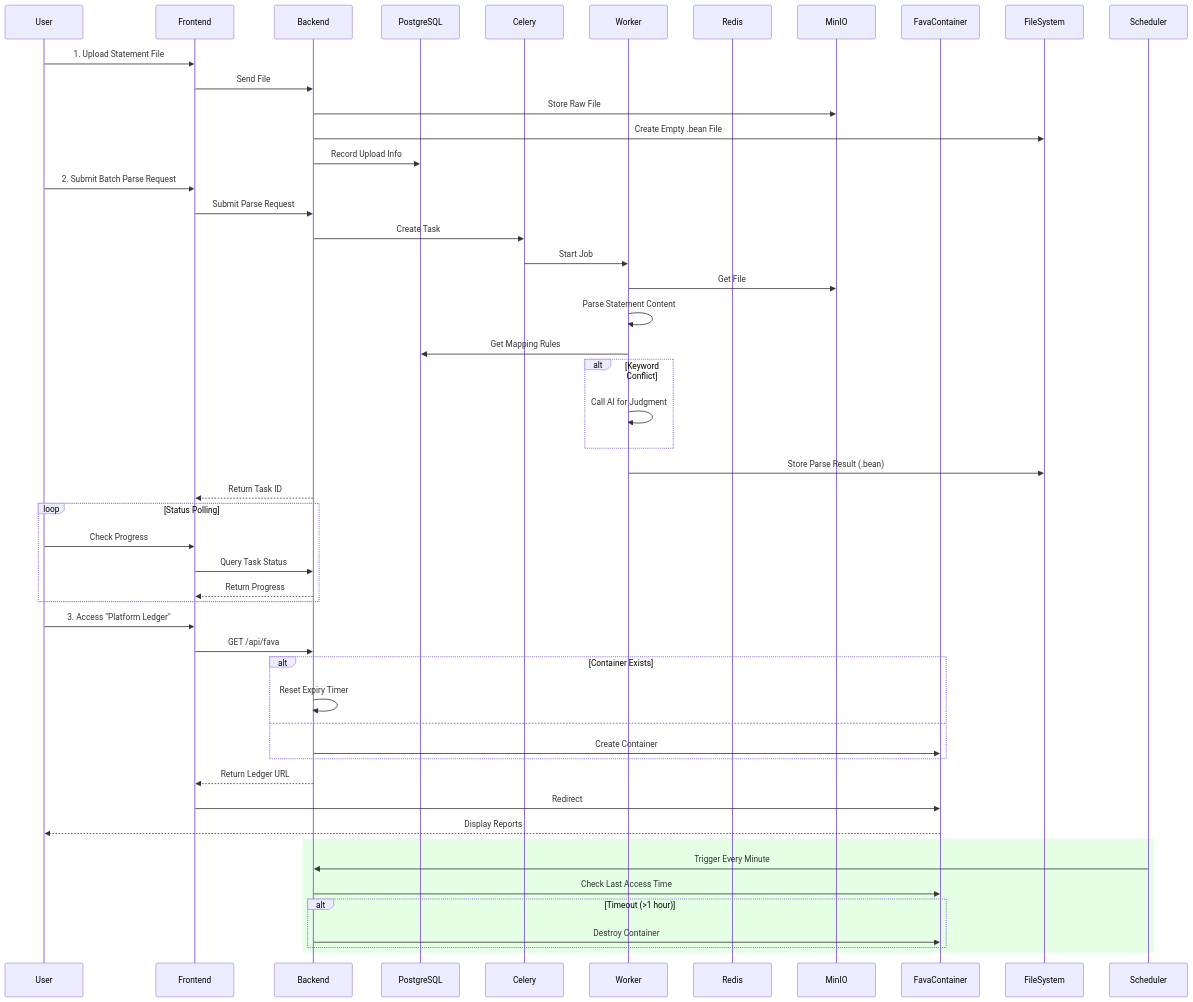
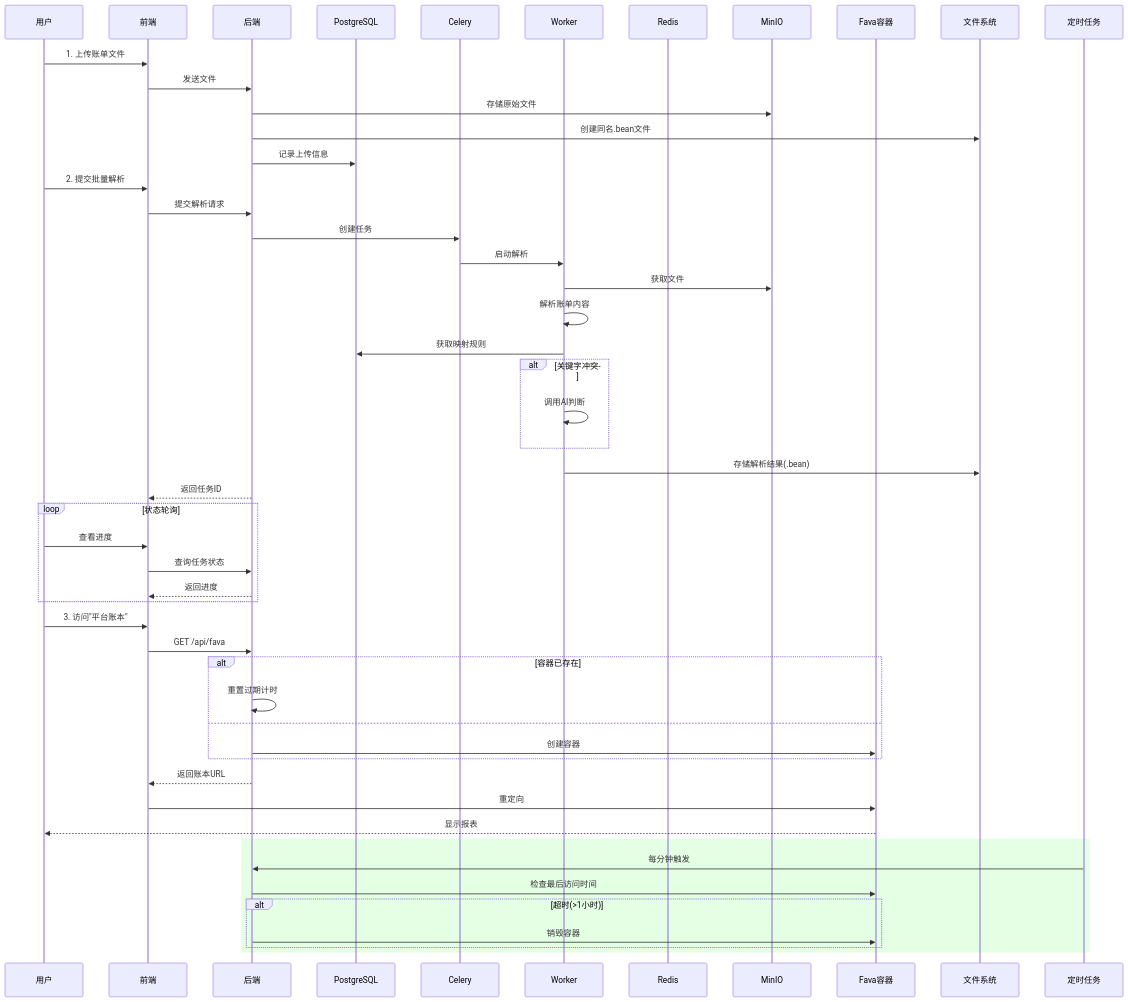
One commit to dhr2333/Beancount-Trans changed the second of 2 diagrams in README.md. Above: the diagram before and after it, drawn with Mermaid. The commit also changed other lines of this file and 2 other files, not shown here.

````diff
--- a/README.md
+++ b/README.md
@@ -56,58 +57,58 @@
 ```mermaid
 sequenceDiagram
-    participant User
-    participant Frontend
-    participant Backend
+    participant 用户
+    participant 前端
+    participant 后端
     participant PostgreSQL
     participant Celery
     participant Worker
     participant Redis
     participant MinIO
-    participant FavaContainer
-    participant FileSystem
-    participant Scheduler
-
-    User->>Frontend: 1. Upload Statement File
-    Frontend->>Backend: Send File
-    Backend->>MinIO: Store Raw File
-    Backend->>FileSystem: Create Empty .bean File
-    Backend->>PostgreSQL: Record Upload Info
-
-    User->>Frontend: 2. Submit Batch Parse Request
-    Frontend->>Backend: Submit Parse Request
-    Backend->>Celery: Create Task
-    Celery->>Worker: Start Job
-    Worker->>MinIO: Get File
-    Worker->>Worker: Parse Statement Content
-    Worker->>PostgreSQL: Get Mapping Rules
-    alt Keyword Conflict
-        Worker->>Worker: Call AI for Judgment
+    participant Fava容器
+    participant 文件系统
+    participant 定时任务
+    
+    用户->>前端: 1. 上传账单文件
+    前端->>后端: 发送文件
+    后端->>MinIO: 存储原始文件
+    后端->>文件系统: 创建同名.bean文件
+    后端->>PostgreSQL: 记录上传信息
+    
+    用户->>前端: 2. 提交批量解析
+    前端->>后端: 提交解析请求
+    后端->>Celery: 创建任务
+    Celery->>Worker: 启动解析
+    Worker->>MinIO: 获取文件
+    Worker->>Worker: 解析账单内容
+    Worker->>PostgreSQL: 获取映射规则
+    alt 关键字冲突
+        Worker->>Worker: 调用AI判断
     end
-    Worker->>FileSystem: Store Parse Result (.bean)
-    Backend-->>Frontend: Return Task ID
-
-    loop Status Polling
-        User->>Frontend: Check Progress
-        Frontend->>Backend: Query Task Status
-        Backend-->>Frontend: Return Progress
+    Worker->>文件系统: 存储解析结果(.bean)
+    后端-->>前端: 返回任务ID
+    
+    loop 状态轮询
+        用户->>前端: 查看进度
+        前端->>后端: 查询任务状态
+        后端-->>前端: 返回进度
     end
-
-    User->>Frontend: 3. Access "Platform Ledger"
-    Frontend->>Backend: GET /api/fava
-    alt Container Exists
-        Backend->>Backend: Reset Expiry Timer
-    else
-        Backend->>FavaContainer: Create Container
+    
+    用户->>前端: 3. 访问"平台账本"
+    前端->>后端: GET /api/fava
+    alt 容器已存在
+        后端->>后端: 重置过期计时
+    else 
+        后端->>Fava容器: 创建容器
     end
-    Backend-->>Frontend: Return Ledger URL
-    Frontend->>FavaContainer: Redirect
-    FavaContainer-->>User: Display Reports
-
+    后端-->>前端: 返回账本URL
+    前端->>Fava容器: 重定向
+    Fava容器-->>用户: 显示报表
+    
     rect rgba(0, 255, 0, 0.1)
-        Scheduler->>Backend: Trigger Every Minute
-        Backend->>FavaContainer: Check Last Access Time
-        alt Timeout (>1 hour)
-            Backend->>FavaContainer: Destroy Container
+        定时任务->>后端: 每分钟触发
+        后端->>Fava容器: 检查最后访问时间
+        alt 超时(>1小时)
+            后端->>Fava容器: 销毁容器
         end
     end
 ```
````
